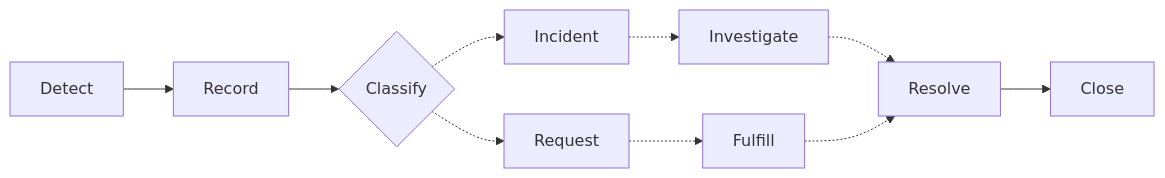
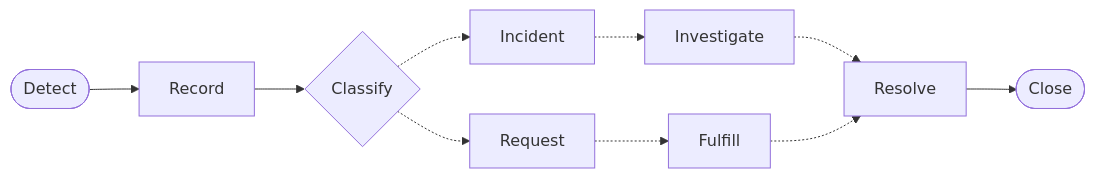
The second of 5 diagrams in README.md (gospino123/gospino123-uf), drawn with Mermaid before and after one commit.

Commit message:
Minor adjustments

````diff
--- a/README.md
+++ b/README.md
@@ -182,12 +182,12 @@
 ```mermaid
 flowchart LR
-    A[Detect] --> B[Record];
+    A([Detect]) --> B[Record];
     B --> C{Classify};
     C -.-> D[Incident];
     D -.-> E[Investigate];
     E -.-> I[Resolve];
     C -.-> F[Request];
     F -.-> G[Fulfill];
     G -.-> I[Resolve];
-    I --> J[Close];
+    I --> J([Close]);
 ```
````
